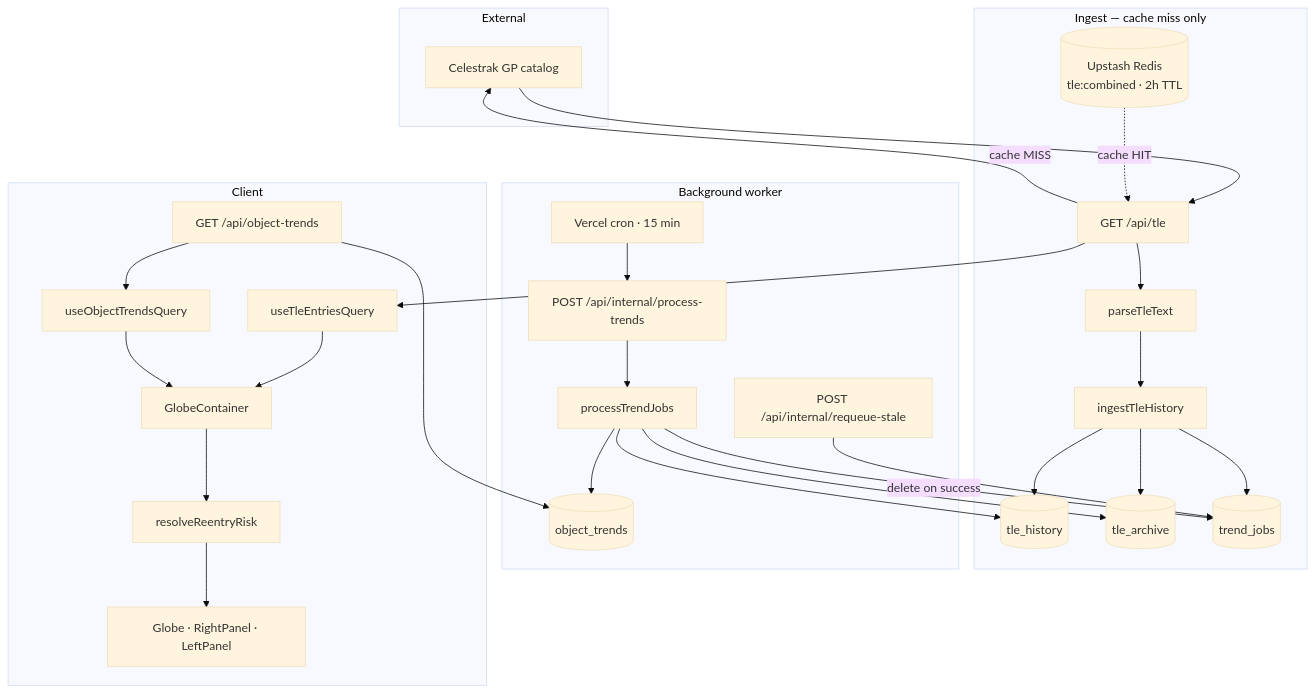
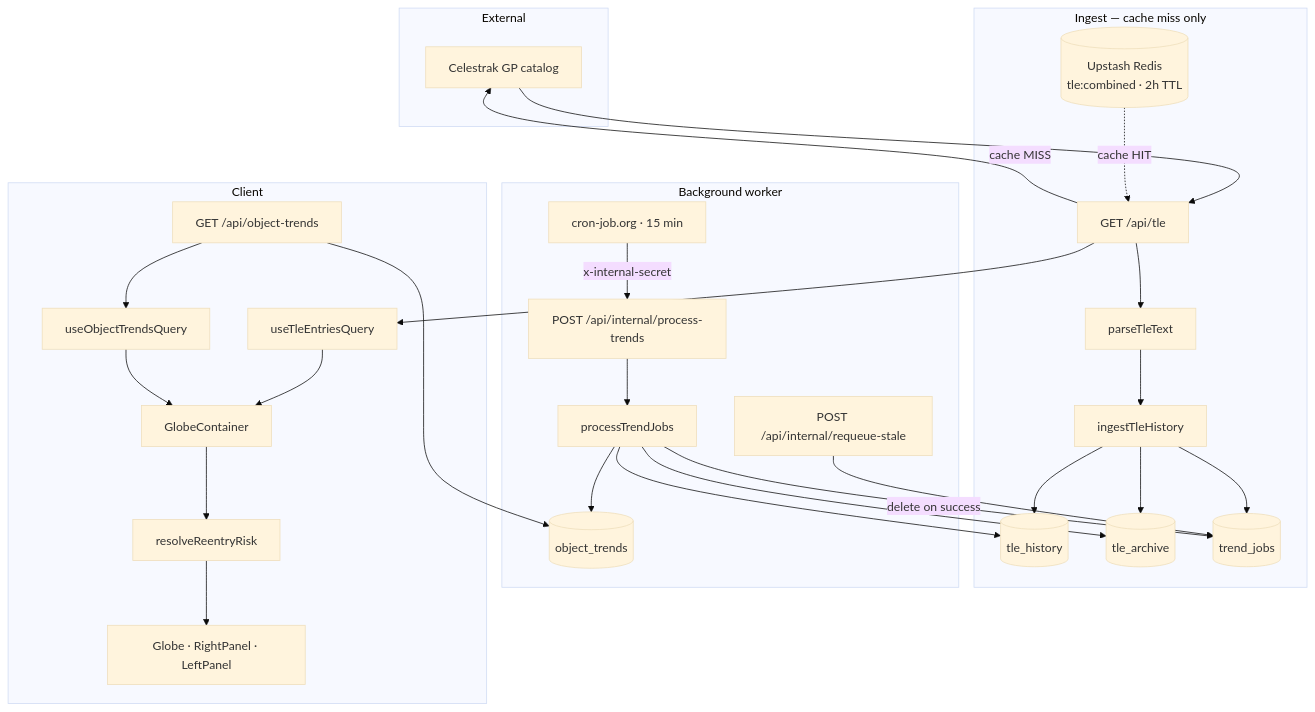
The first of 2 diagrams in docs/TLE_HISTORY_PIPELINE.md (Piyushverma-tech/drakon), drawn with Mermaid (base theme) before and after one commit. The commit also changed other lines of this file, not shown here.

Commit message:
docs: update TLE history pipeline documentation to reflect cron-job.org integration and enhance job processing details

````diff
--- a/docs/TLE_HISTORY_PIPELINE.md
+++ b/docs/TLE_HISTORY_PIPELINE.md
@@ -19,46 +19,46 @@
 ```mermaid
 flowchart TB
   subgraph external [External]
     CS[Celestrak GP catalog]
   end
 
   subgraph ingest [Ingest — cache miss only]
     TLE_API["GET /api/tle"]
     Redis[(Upstash Redis<br/>tle:combined · 2h TTL)]
     Parse[parseTleText]
     Ingest[ingestTleHistory]
     CS --> TLE_API
     Redis -.->|cache HIT| TLE_API
     TLE_API -->|cache MISS| CS
     TLE_API --> Parse --> Ingest
     Ingest --> TH[(tle_history)]
     Ingest --> TA[(tle_archive)]
     Ingest --> TJ[(trend_jobs)]
   end
 
   subgraph worker [Background worker]
-    Cron[Vercel cron · 15 min]
+    CronExt[cron-job.org · 15 min]
     Internal["POST /api/internal/process-trends"]
     Process[processTrendJobs]
     Requeue["POST /api/internal/requeue-stale"]
-    Cron --> Internal
+    CronExt -->|x-internal-secret| Internal
     Internal --> Process
     Requeue --> TJ
     Process --> TH
     Process --> TA
     Process --> OT[(object_trends)]
     Process -->|delete on success| TJ
   end
 
   subgraph client [Client]
     TLE_HOOK[useTleEntriesQuery]
     TREND_HOOK[useObjectTrendsQuery]
     GC[GlobeContainer]
     Resolve[resolveReentryRisk]
     UI[Globe · RightPanel · LeftPanel]
     TLE_API --> TLE_HOOK --> GC
     OT_API["GET /api/object-trends"] --> OT
     OT_API --> TREND_HOOK --> GC
     GC --> Resolve --> UI
   end
 ```
````
